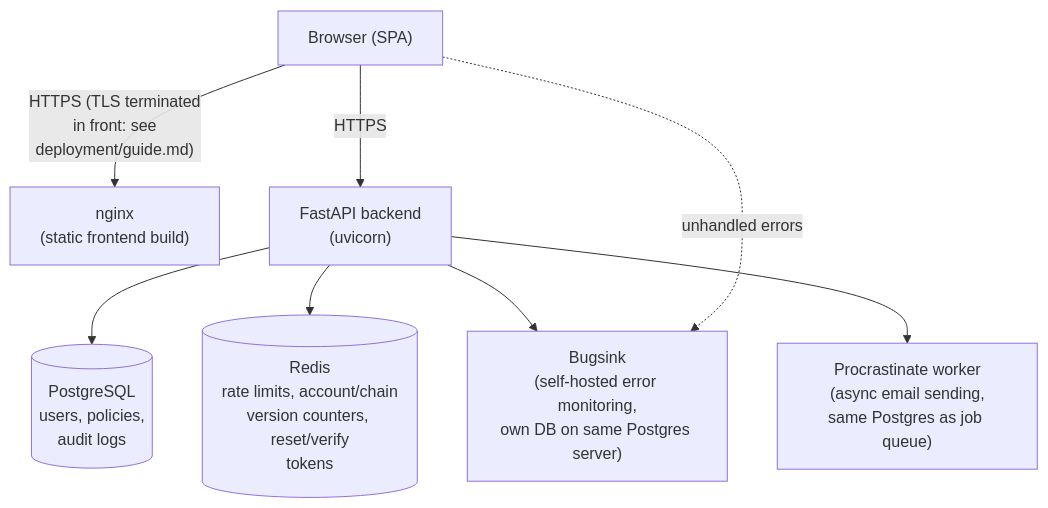
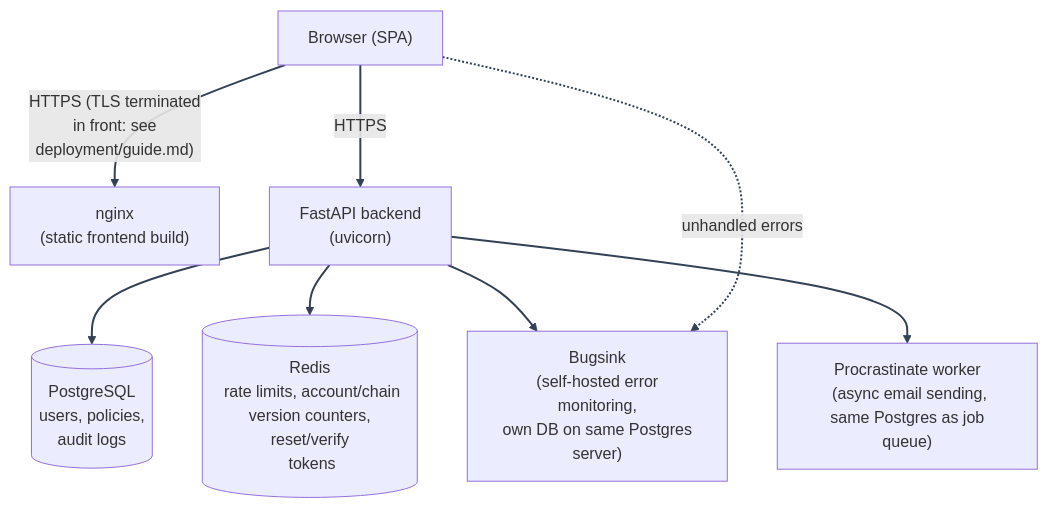
The first of 2 diagrams in docs/mystic_auth/architecture/system-overview.md (Nachiket-2024/mystic-auth), drawn with Mermaid before and after one commit. The commit also changed other lines of this file and 630 other files, not shown here.

````diff
--- a/docs/mystic_auth/architecture/system-overview.md
+++ b/docs/mystic_auth/architecture/system-overview.md
@@ -7,17 +10,19 @@
 ```mermaid
+%%{init: {"themeVariables": {"lineColor": "#334155"}} }%%
 flowchart TD
     Browser["Browser (SPA)"]
 
-    Browser -- "HTTPS (TLS terminated<br/>in front: see<br/>deployment/guide.md)" --> Nginx
+    Browser -- "HTTPS (TLS terminated<br/> in front: see<br/> deployment/guide.md)" --> Nginx
     Browser -- HTTPS --> Backend
 
-    Nginx["nginx<br/>(static frontend build)"]
-    Backend["FastAPI backend<br/>(uvicorn)"]
+    Nginx["nginx<br/> (static frontend build)"]
+    Backend["FastAPI backend<br/> (uvicorn)"]
 
-    Backend --> Postgres[("PostgreSQL<br/>users, policies,<br/>audit logs")]
-    Backend --> Redis[("Redis<br/>rate limits, account/chain<br/>version counters, reset/verify<br/>tokens")]
-    Backend --> Bugsink["Bugsink<br/>(self-hosted error monitoring,<br/>own DB on same Postgres server)"]
+    Backend --> Postgres[("PostgreSQL<br/> users, policies,<br/> audit logs")]
+    Backend --> Redis[("Redis<br/> rate limits, account/chain<br/> version counters, reset/verify<br/> tokens")]
+    Backend --> Bugsink["Bugsink<br/> (self-hosted error monitoring,<br/> own DB on same Postgres server)"]
     Browser -. "unhandled errors" .-> Bugsink
 
-    Backend --> Procrastinate["Procrastinate worker<br/>(async email sending,<br/>same Postgres as job queue)"]
+    Backend --> Procrastinate["Procrastinate worker<br/> (async email sending,<br/> same Postgres as job queue)"]
+    linkStyle default stroke:#334155,stroke-width:2px
 ```
````
